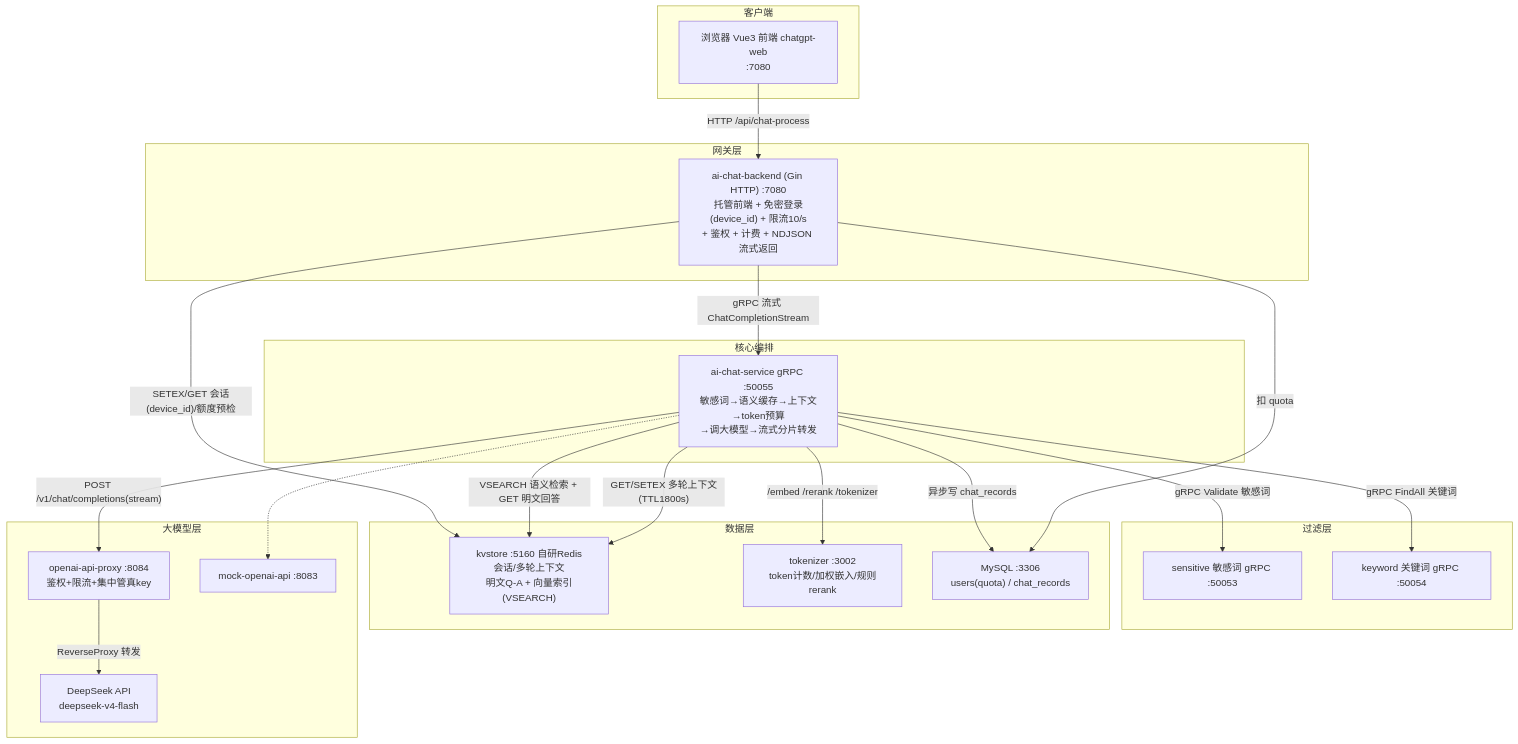
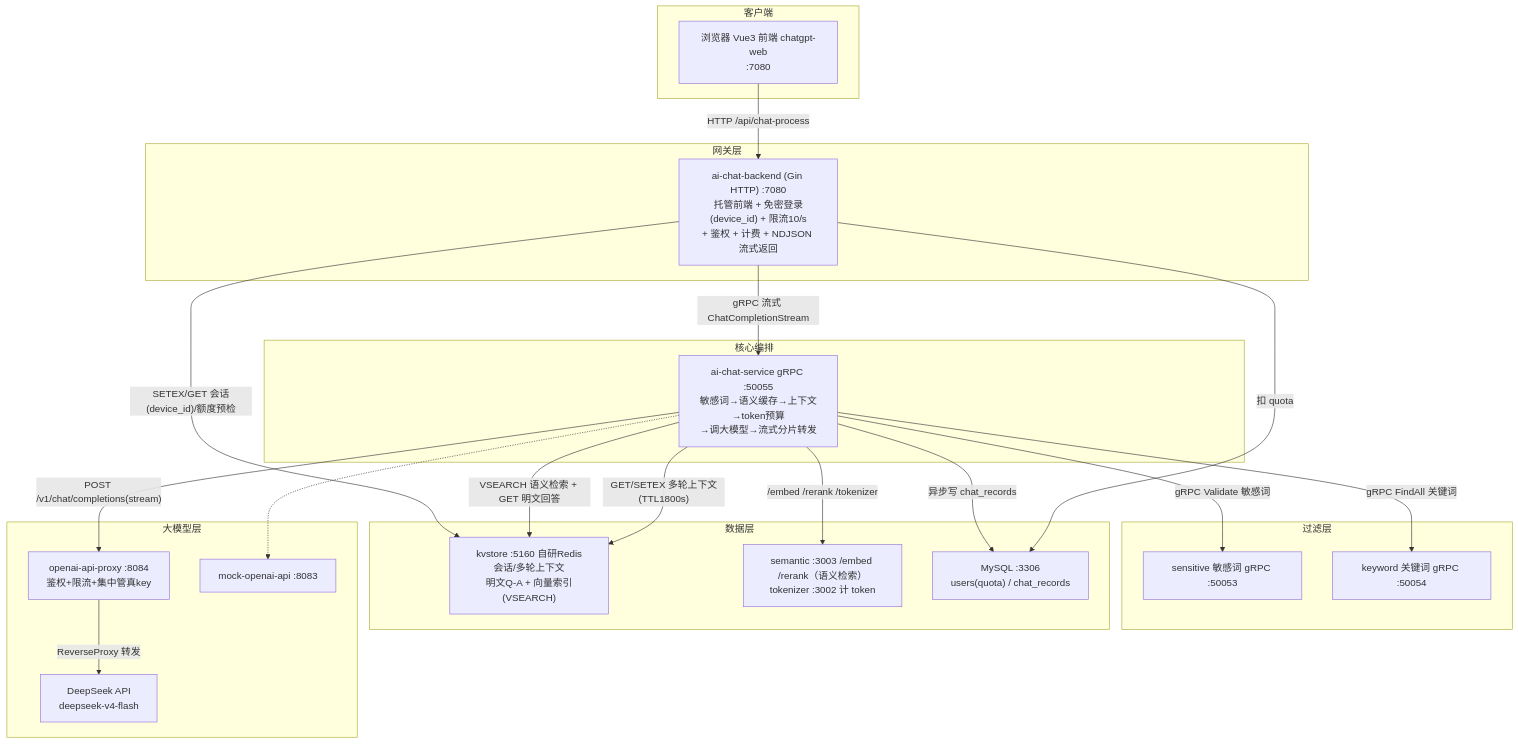
The first of 3 diagrams in docs/项目文档/04-业务应用.md (robotlover-1/ECHO-CHAT), drawn with Mermaid before and after one commit. The commit also changed other lines of this file and 2 other files, not shown here.

Commit message:
docs(stack): compose 增 semantic 服务+healthcheck、swarm 配置加 semantic 地址、架构文档同步语义服务拆分

````diff
--- a/docs/项目文档/04-业务应用.md
+++ b/docs/项目文档/04-业务应用.md
@@ -61,45 +61,45 @@
 ```mermaid
 flowchart TB
     subgraph 客户端
         A["浏览器 Vue3 前端 chatgpt-web<br/>:7080"]
     end
 
     subgraph 网关层
         B["ai-chat-backend (Gin HTTP) :7080<br/>托管前端 + 免密登录(device_id) + 限流10/s<br/>+ 鉴权 + 计费 + NDJSON 流式返回"]
     end
 
     subgraph 核心编排
         C["ai-chat-service gRPC :50055<br/>敏感词→语义缓存→上下文→token预算<br/>→调大模型→流式分片转发"]
     end
 
     subgraph 过滤层
         D["sensitive 敏感词 gRPC :50053"]
         E["keyword 关键词 gRPC :50054"]
     end
 
     subgraph 数据层
         KV["kvstore :5160 自研Redis<br/>会话/多轮上下文<br/>明文Q-A + 向量索引(VSEARCH)"]
-        T["tokenizer :3002<br/>token计数/加权嵌入/规则rerank"]
+        T["semantic :3003 /embed /rerank（语义检索）<br/>tokenizer :3002 计 token"]
         M["MySQL :3306<br/>users(quota) / chat_records"]
     end
 
     subgraph 大模型层
         P["openai-api-proxy :8084<br/>鉴权+限流+集中管真key"]
         RL["DeepSeek API<br/>deepseek-v4-flash"]
         MK["mock-openai-api :8083"]
     end
 
     A -- "HTTP /api/chat-process" --> B
     B -- "gRPC 流式 ChatCompletionStream" --> C
     B -- "SETEX/GET 会话(device_id)/额度预检" --> KV
     C -- "gRPC Validate 敏感词" --> D
     C -- "gRPC FindAll 关键词" --> E
     C -- "VSEARCH 语义检索 + GET 明文回答" --> KV
     C -- "GET/SETEX 多轮上下文(TTL1800s)" --> KV
     C -- "/embed /rerank /tokenizer" --> T
     C -- "POST /v1/chat/completions(stream)" --> P
     C -- "异步写 chat_records" --> M
     B -- "扣 quota" --> M
     P -- "ReverseProxy 转发" --> RL
     C -.-> MK
 ```
````
